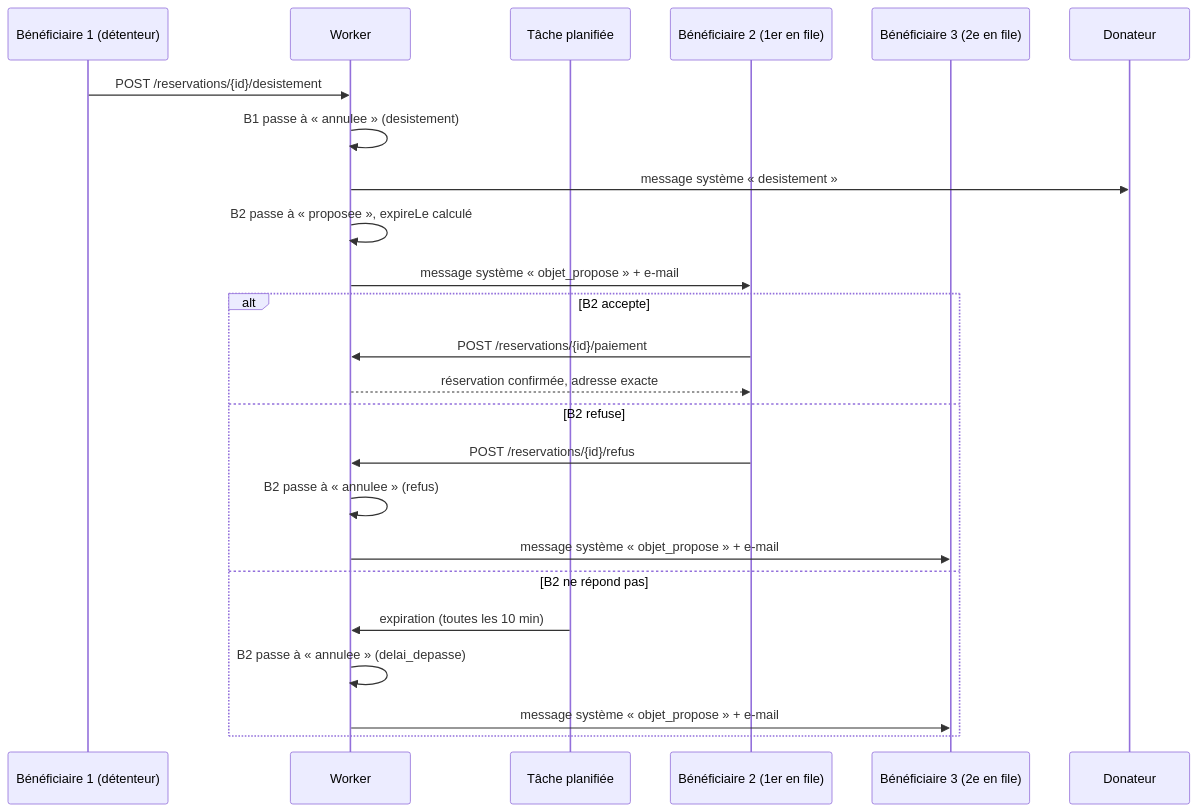
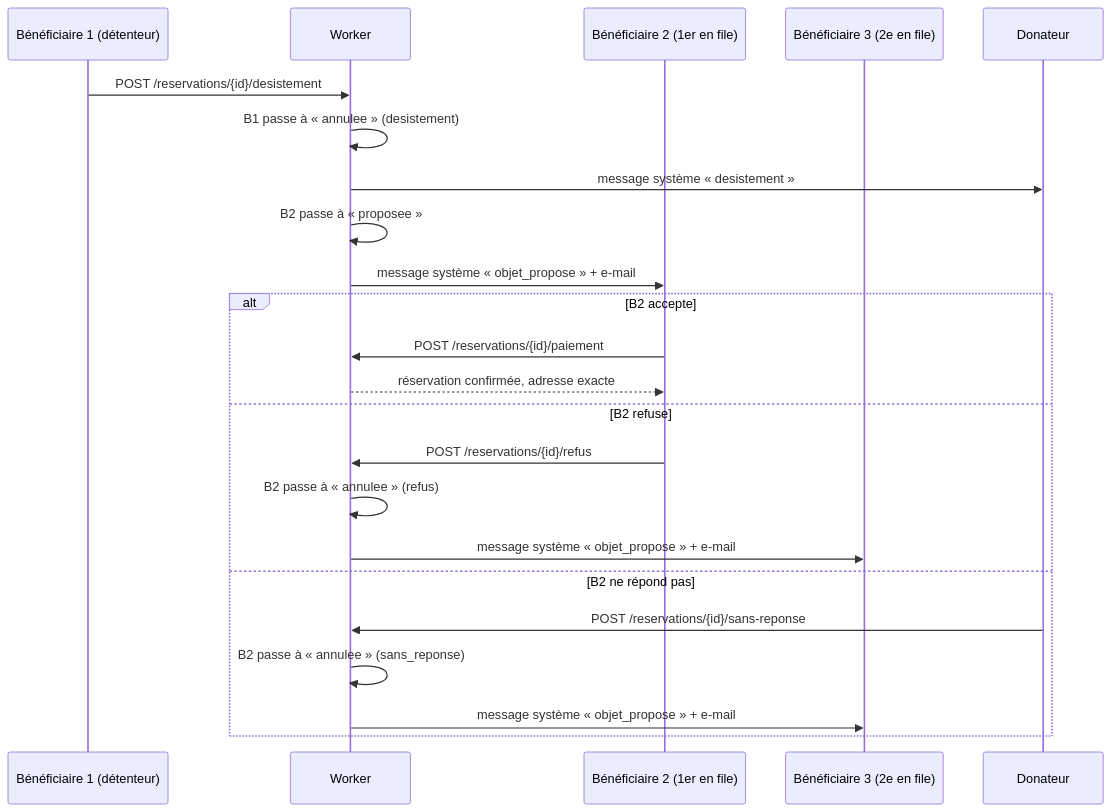
Before and after one commit to Lucas-ui/m2gdp-g6-don: the fourth of 4 diagrams in specs/data-model.md, drawn with Mermaid. The commit also changed other lines of this file and 1 other file, not shown here.

First line of the commit message:
docs: simplifier la liste d'attente et corriger les retours de revue

````diff
--- a/specs/data-model.md
+++ b/specs/data-model.md
@@ -381,27 +381,26 @@
 ```mermaid
 sequenceDiagram
     participant B1 as Bénéficiaire 1 (détenteur)
     participant W as Worker
-    participant T as Tâche planifiée
     participant B2 as Bénéficiaire 2 (1er en file)
     participant B3 as Bénéficiaire 3 (2e en file)
     participant D as Donateur
 
     B1->>W: POST /reservations/{id}/desistement
     W->>W: B1 passe à « annulee » (desistement)
     W->>D: message système « desistement »
-    W->>W: B2 passe à « proposee », expireLe calculé
+    W->>W: B2 passe à « proposee »
     W->>B2: message système « objet_propose » + e-mail
     alt B2 accepte
         B2->>W: POST /reservations/{id}/paiement
         W-->>B2: réservation confirmée, adresse exacte
     else B2 refuse
         B2->>W: POST /reservations/{id}/refus
         W->>W: B2 passe à « annulee » (refus)
         W->>B3: message système « objet_propose » + e-mail
     else B2 ne répond pas
-        T->>W: expiration (toutes les 10 min)
-        W->>W: B2 passe à « annulee » (delai_depasse)
+        D->>W: POST /reservations/{id}/sans-reponse
+        W->>W: B2 passe à « annulee » (sans_reponse)
         W->>B3: message système « objet_propose » + e-mail
     end
 ```
````
